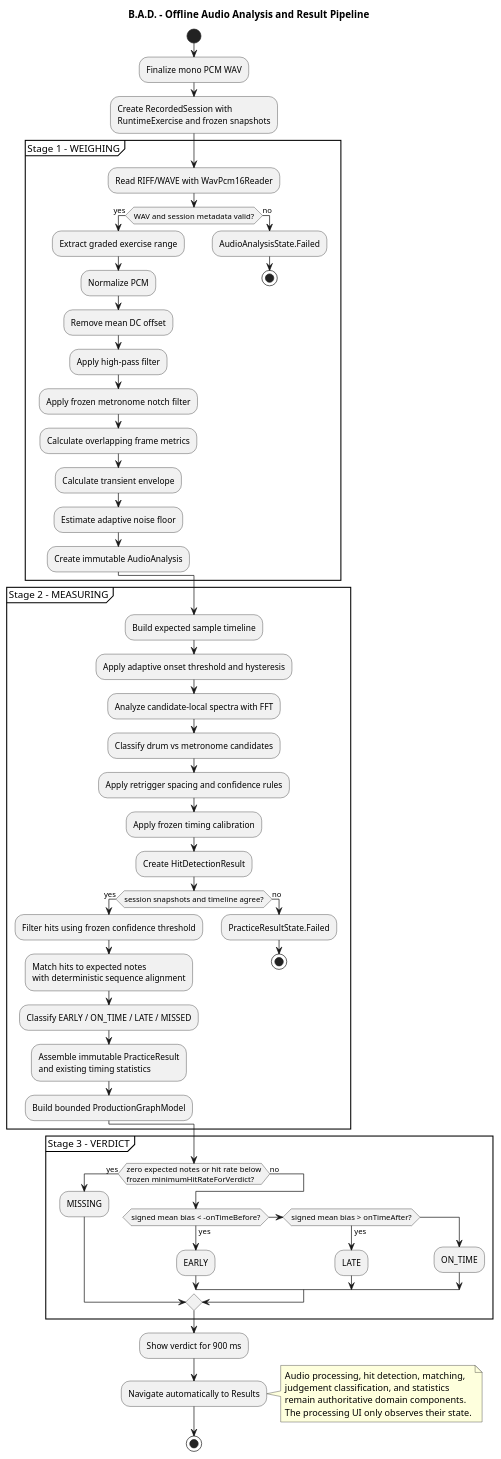
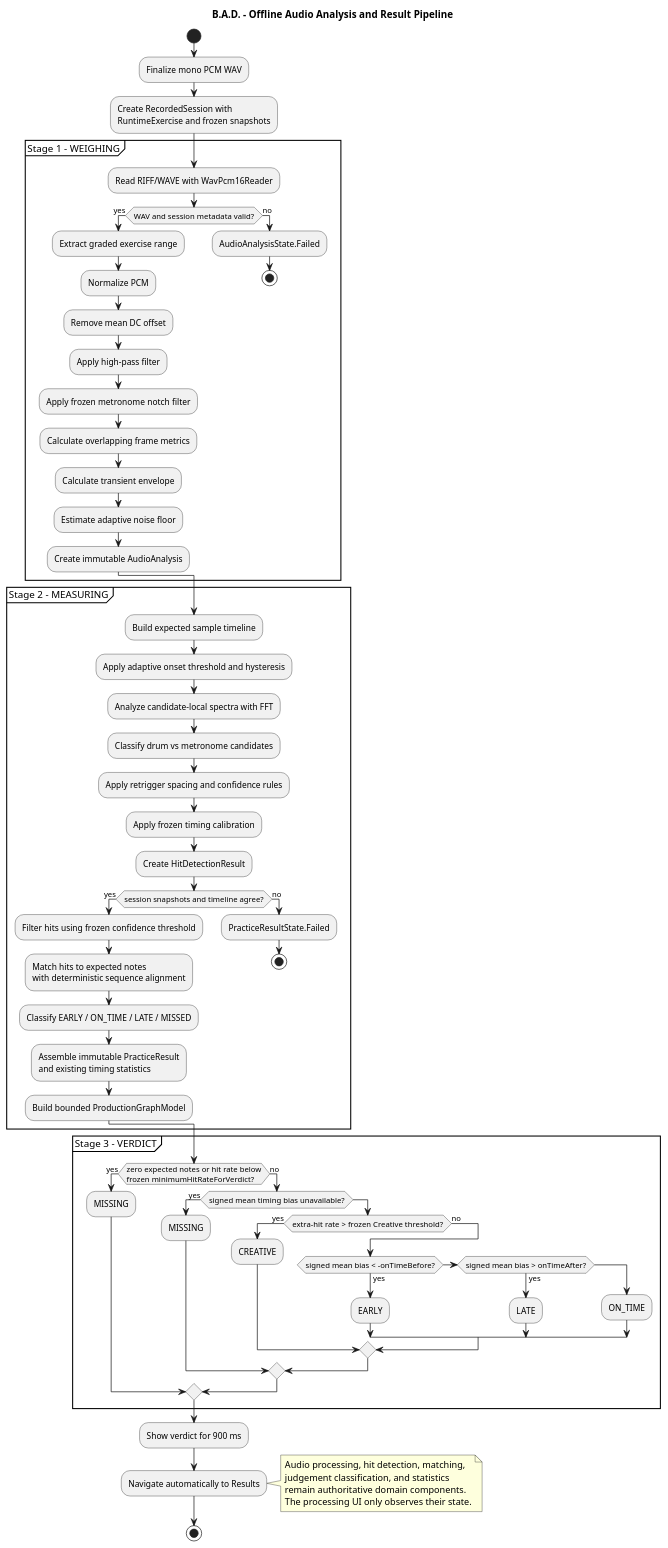
Before and after one commit to medChaouki/BAD: the diagram in designDocuments/audio-analysis-pipeline.puml, drawn with PlantUML. The commit also changed 14 other files, not shown here.

```diff
--- a/designDocuments/audio-analysis-pipeline.puml
+++ b/designDocuments/audio-analysis-pipeline.puml
@@ -1,73 +1,81 @@
 @startuml Audio_Analysis_Pipeline
 title B.A.D. - Offline Audio Analysis and Result Pipeline
 
 skinparam backgroundColor #FFFFFF
 skinparam shadowing false
 
 start
 :Finalize mono PCM WAV;
 :Create RecordedSession with\nRuntimeExercise and frozen snapshots;
 
 partition "Stage 1 - WEIGHING" {
   :Read RIFF/WAVE with WavPcm16Reader;
   if (WAV and session metadata valid?) then (yes)
     :Extract graded exercise range;
     :Normalize PCM;
     :Remove mean DC offset;
     :Apply high-pass filter;
     :Apply frozen metronome notch filter;
     :Calculate overlapping frame metrics;
     :Calculate transient envelope;
     :Estimate adaptive noise floor;
     :Create immutable AudioAnalysis;
   else (no)
     :AudioAnalysisState.Failed;
     stop
   endif
 }
 
 partition "Stage 2 - MEASURING" {
   :Build expected sample timeline;
   :Apply adaptive onset threshold and hysteresis;
   :Analyze candidate-local spectra with FFT;
   :Classify drum vs metronome candidates;
   :Apply retrigger spacing and confidence rules;
   :Apply frozen timing calibration;
   :Create HitDetectionResult;
 
   if (session snapshots and timeline agree?) then (yes)
     :Filter hits using frozen confidence threshold;
     :Match hits to expected notes\nwith deterministic sequence alignment;
     :Classify EARLY / ON_TIME / LATE / MISSED;
     :Assemble immutable PracticeResult\nand existing timing statistics;
     :Build bounded ProductionGraphModel;
   else (no)
     :PracticeResultState.Failed;
     stop
   endif
 }
 
 partition "Stage 3 - VERDICT" {
   if (zero expected notes or hit rate below\nfrozen minimumHitRateForVerdict?) then (yes)
     :MISSING;
   else (no)
-    if (signed mean bias < -onTimeBefore?) then (yes)
-      :EARLY;
-    elseif (signed mean bias > onTimeAfter?) then (yes)
-      :LATE;
+    if (signed mean timing bias unavailable?) then (yes)
+      :MISSING;
     else
-      :ON_TIME;
+      if (extra-hit rate > frozen Creative threshold?) then (yes)
+        :CREATIVE;
+      else (no)
+        if (signed mean bias < -onTimeBefore?) then (yes)
+          :EARLY;
+        elseif (signed mean bias > onTimeAfter?) then (yes)
+          :LATE;
+        else
+          :ON_TIME;
+        endif
+      endif
     endif
   endif
 }
 
 :Show verdict for 900 ms;
 :Navigate automatically to Results;
 note right
   Audio processing, hit detection, matching,
   judgement classification, and statistics
   remain authoritative domain components.
   The processing UI only observes their state.
 end note
 stop
 @enduml
```
